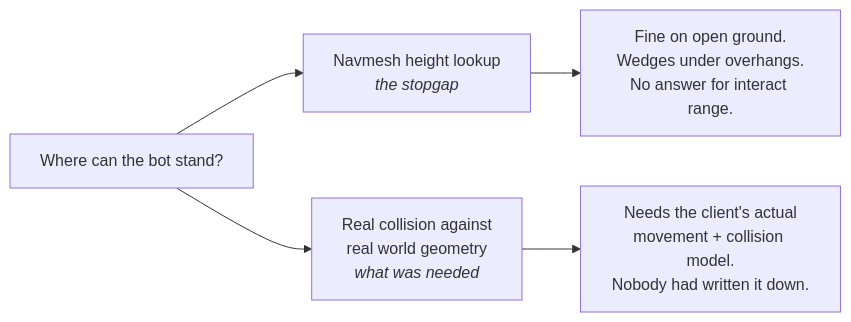
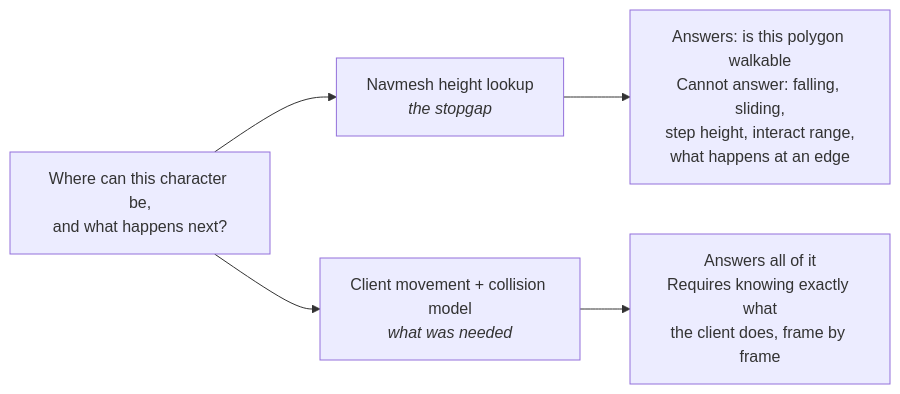
Before and after one commit to lrhodes404/wwow-devblog: the diagram in _posts/2026-09-09-the-wall.md, drawn with Mermaid. The commit also changed other lines of this file and 10 other files, not shown here.

````diff
--- a/_posts/2026-09-09-the-wall.md
+++ b/_posts/2026-09-09-the-wall.md
@@ -25,7 +54,7 @@
 ```mermaid
 flowchart LR
-  Q["Where can the bot stand?"] --> A["Navmesh height lookup<br/><i>the stopgap</i>"]
-  Q --> B["Real collision against<br/>real world geometry<br/><i>what was needed</i>"]
-  A --> R1["Fine on open ground.<br/>Wedges under overhangs.<br/>No answer for interact range."]
-  B --> R2["Needs the client's actual<br/>movement + collision model.<br/>Nobody had written it down."]
+  Q["Where can this character be,<br/>and what happens next?"] --> A["Navmesh height lookup<br/><i>the stopgap</i>"]
+  Q --> B["Client movement + collision model<br/><i>what was needed</i>"]
+  A --> R1["Answers: is this polygon walkable<br/>Cannot answer: falling, sliding,<br/>step height, interact range,<br/>what happens at an edge"]
+  B --> R2["Answers all of it<br/>Requires knowing exactly what<br/>the client does, frame by frame"]
 ```
````
